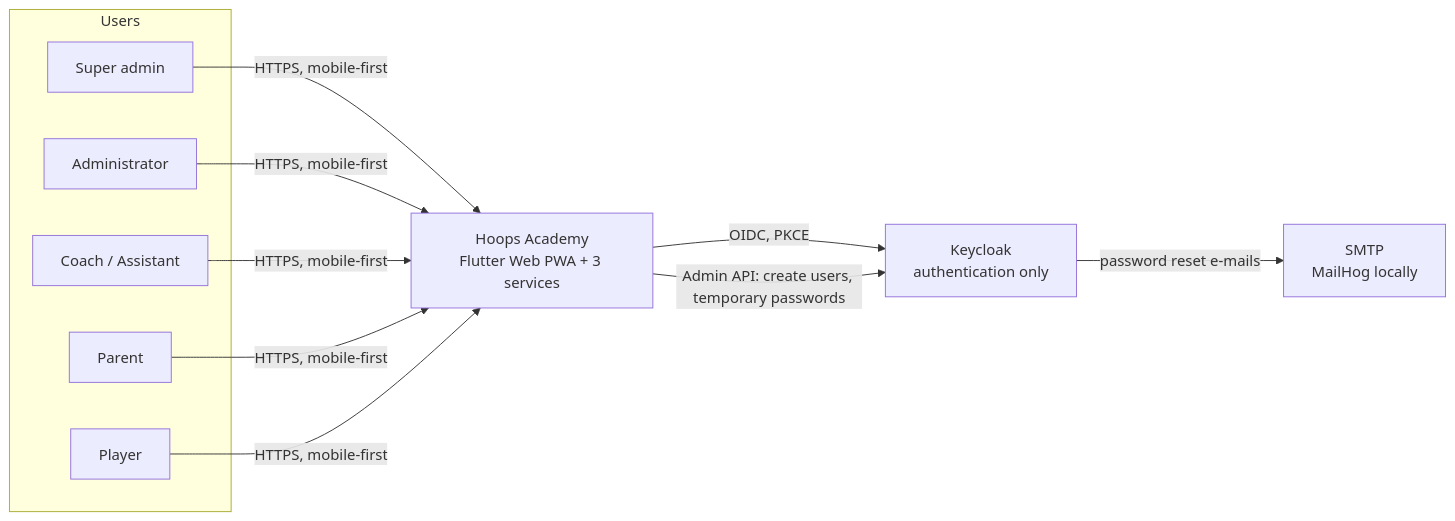
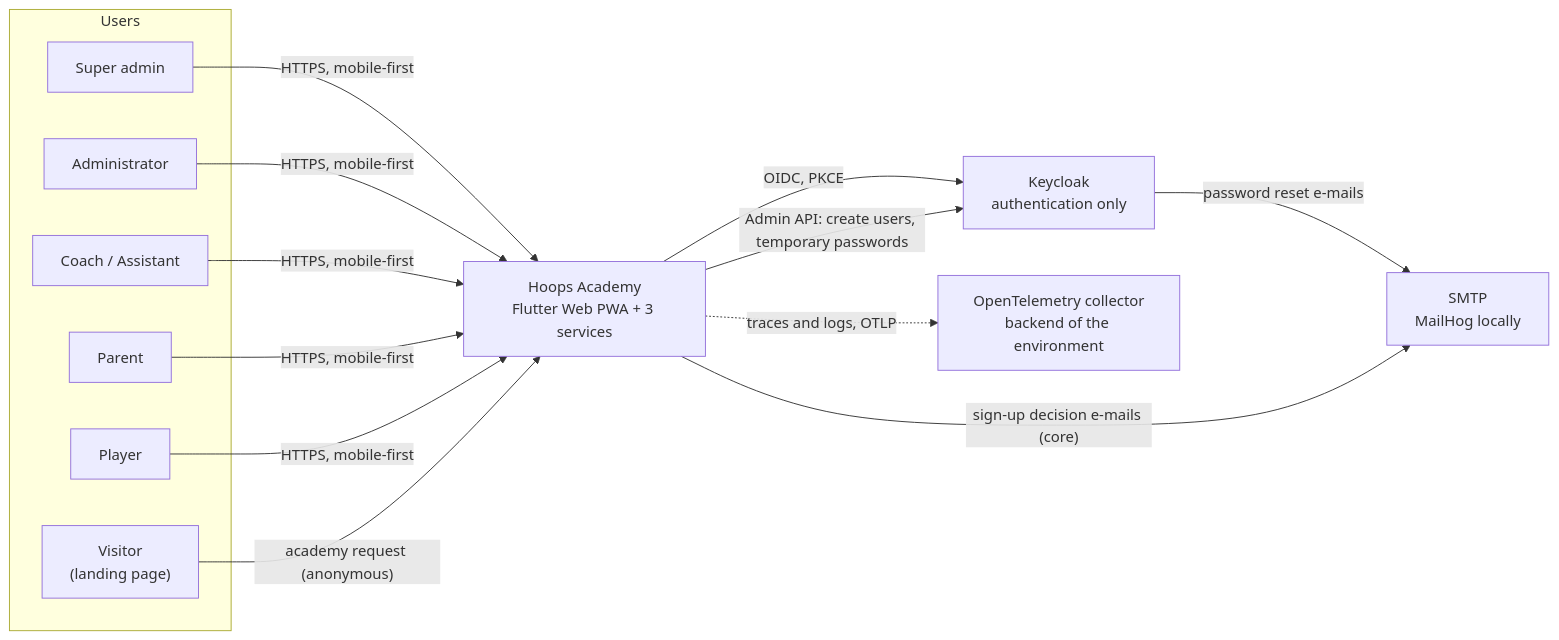
One commit to davidbejar/hoops-academy changed the first of 7 diagrams in docs/architecture.md. Above: the diagram before and after it, drawn with Mermaid. The commit also changed other lines of this file and 3 other files, not shown here.

First line of the commit message:
docs: README status, conformance, roadmap and architecture after the fifth round

````diff
--- a/docs/architecture.md
+++ b/docs/architecture.md
@@ -8,17 +8,21 @@
 ```mermaid
 flowchart LR
   subgraph Users
-    SA["Super admin"]
+    VI["Visitor<br/>(landing page)"]
+  SA["Super admin"]
     AD["Administrator"]
     CO["Coach / Assistant"]
     PA["Parent"]
     PL["Player"]
   end
   APP["Hoops Academy<br/>Flutter Web PWA + 3 services"]
   KC["Keycloak<br/>authentication only"]
   MAIL["SMTP<br/>MailHog locally"]
   SA & AD & CO & PA & PL -->|"HTTPS, mobile-first"| APP
+  VI -->|"academy request (anonymous)"| APP
   APP -->|"OIDC, PKCE"| KC
   APP -->|"Admin API: create users, temporary passwords"| KC
   KC -->|"password reset e-mails"| MAIL
+  APP -->|"sign-up decision e-mails (core)"| MAIL
+  APP -. "traces and logs, OTLP" .-> OTEL["OpenTelemetry collector<br/>backend of the environment"]
 ```
````
